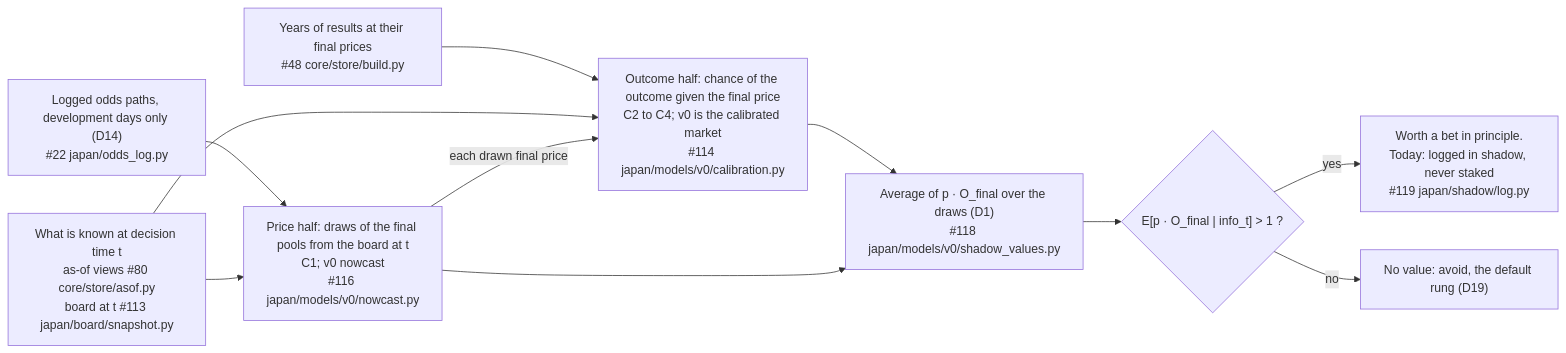
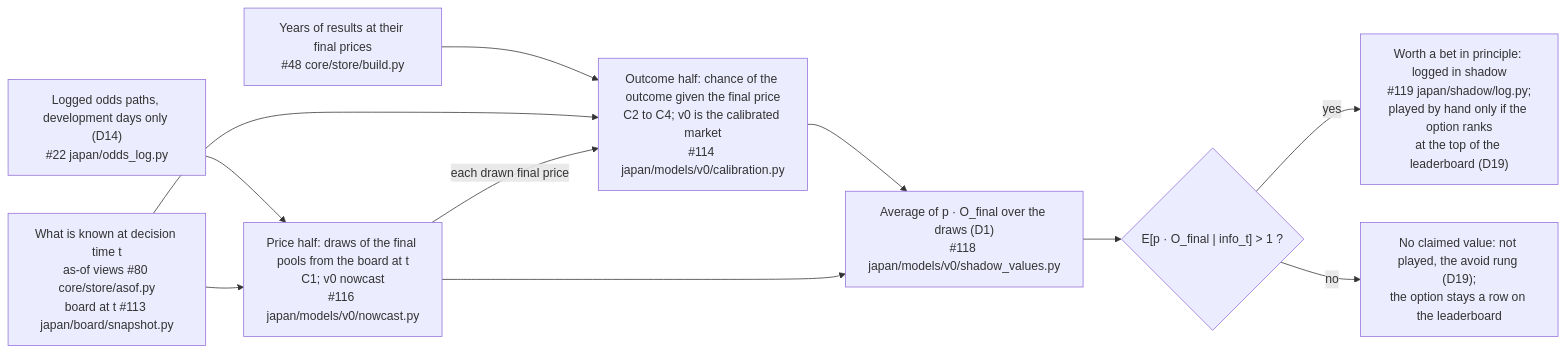
The first of 6 diagrams in docs/modeling.md (rjeskuri/HorseTrackBetting), drawn with Mermaid before and after one commit. The commit also changed other lines of this file and 4 other files, not shown here.

````diff
--- a/docs/modeling.md
+++ b/docs/modeling.md
@@ -32,22 +34,22 @@
 ```mermaid
 flowchart LR
     HIST["Years of results at their final prices<br/>#48 core/store/build.py"]
     LOGS["Logged odds paths, development days only (D14)<br/>#22 japan/odds_log.py"]
     INFO["What is known at decision time t<br/>as-of views #80 core/store/asof.py<br/>board at t #113 japan/board/snapshot.py"]
     PROB["Outcome half: chance of the outcome given the final price<br/>C2 to C4; v0 is the calibrated market<br/>#114 japan/models/v0/calibration.py"]
     PRICE["Price half: draws of the final pools from the board at t<br/>C1; v0 nowcast<br/>#116 japan/models/v0/nowcast.py"]
     MIX["Average of p · O_final over the draws (D1)<br/>#118 japan/models/v0/shadow_values.py"]
     TEST{"E[p · O_final | info_t] #gt; 1 ?"}
-    YES["Worth a bet in principle.<br/>Today: logged in shadow, never staked<br/>#119 japan/shadow/log.py"]
-    NO["No value: avoid, the default rung (D19)"]
+    YES["Worth a bet in principle: logged in shadow<br/>#119 japan/shadow/log.py;<br/>played by hand only if the option ranks<br/>at the top of the leaderboard (D19)"]
+    NO["No claimed value: not played, the avoid rung (D19);<br/>the option stays a row on the leaderboard"]
     HIST --> PROB
     LOGS --> PRICE
     INFO --> PROB
     INFO --> PRICE
     PRICE -->|"each drawn final price"| PROB
     PROB --> MIX
     PRICE --> MIX
     MIX --> TEST
     TEST -->|"yes"| YES
     TEST -->|"no"| NO
 ```
````
